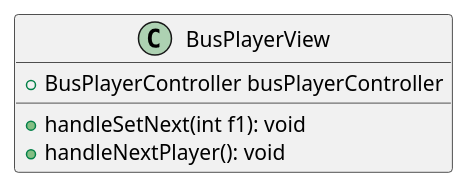
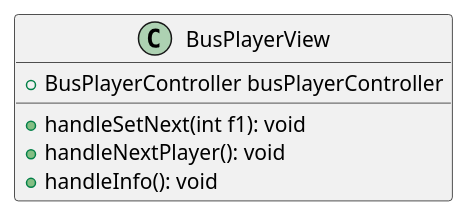
Before and after one commit to uhrinandor/spring: the diagram in docs/graphics/class/BusPlayerView.plantuml, drawn with PlantUML. The commit also changed 3 other files, not shown here.

```diff
--- a/docs/graphics/class/BusPlayerView.plantuml
+++ b/docs/graphics/class/BusPlayerView.plantuml
@@ -1,6 +1,7 @@
 class BusPlayerView{
     + BusPlayerController busPlayerController
 
     + handleSetNext(int f1): void
     + handleNextPlayer(): void
+    + handleInfo(): void
 }
```
